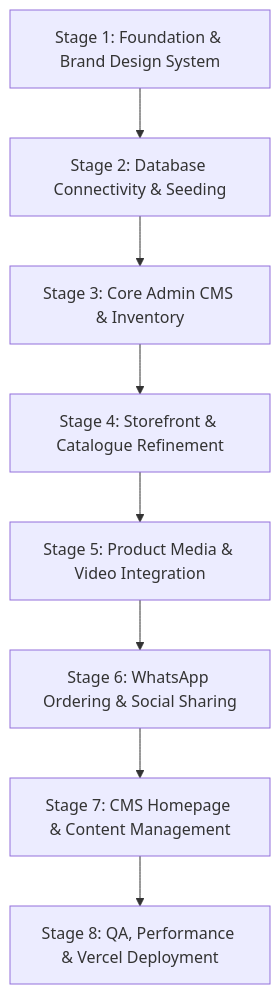
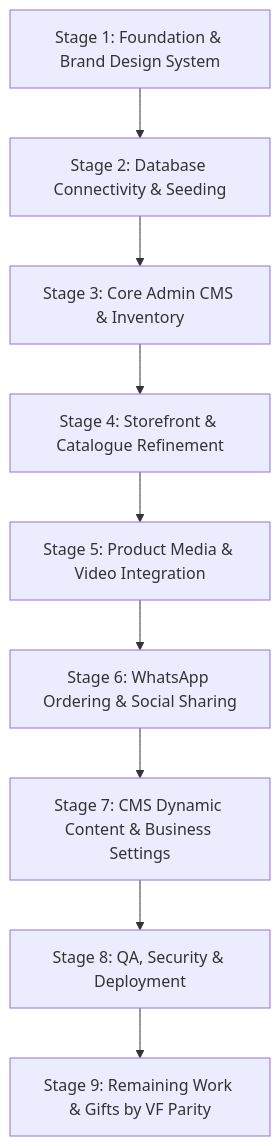
The diagram in plan.md (ritjiishaku/awwalshop), drawn with Mermaid before and after one commit. The commit also changed other lines of this file and 19 other files, not shown here.

````diff
--- a/plan.md
+++ b/plan.md
@@ -39,10 +42,11 @@
 ```mermaid
 flowchart TD
     S1["Stage 1: Foundation & Brand Design System"] --> S2["Stage 2: Database Connectivity & Seeding"]
     S2 --> S3["Stage 3: Core Admin CMS & Inventory"]
     S3 --> S4["Stage 4: Storefront & Catalogue Refinement"]
     S4 --> S5["Stage 5: Product Media & Video Integration"]
     S5 --> S6["Stage 6: WhatsApp Ordering & Social Sharing"]
-    S6 --> S7["Stage 7: CMS Homepage & Content Management"]
-    S7 --> S8["Stage 8: QA, Performance & Vercel Deployment"]
+    S6 --> S7["Stage 7: CMS Dynamic Content & Business Settings"]
+    S7 --> S8["Stage 8: QA, Security & Deployment"]
+    S8 --> S9["Stage 9: Remaining Work & Gifts by VF Parity"]
 ```
````
